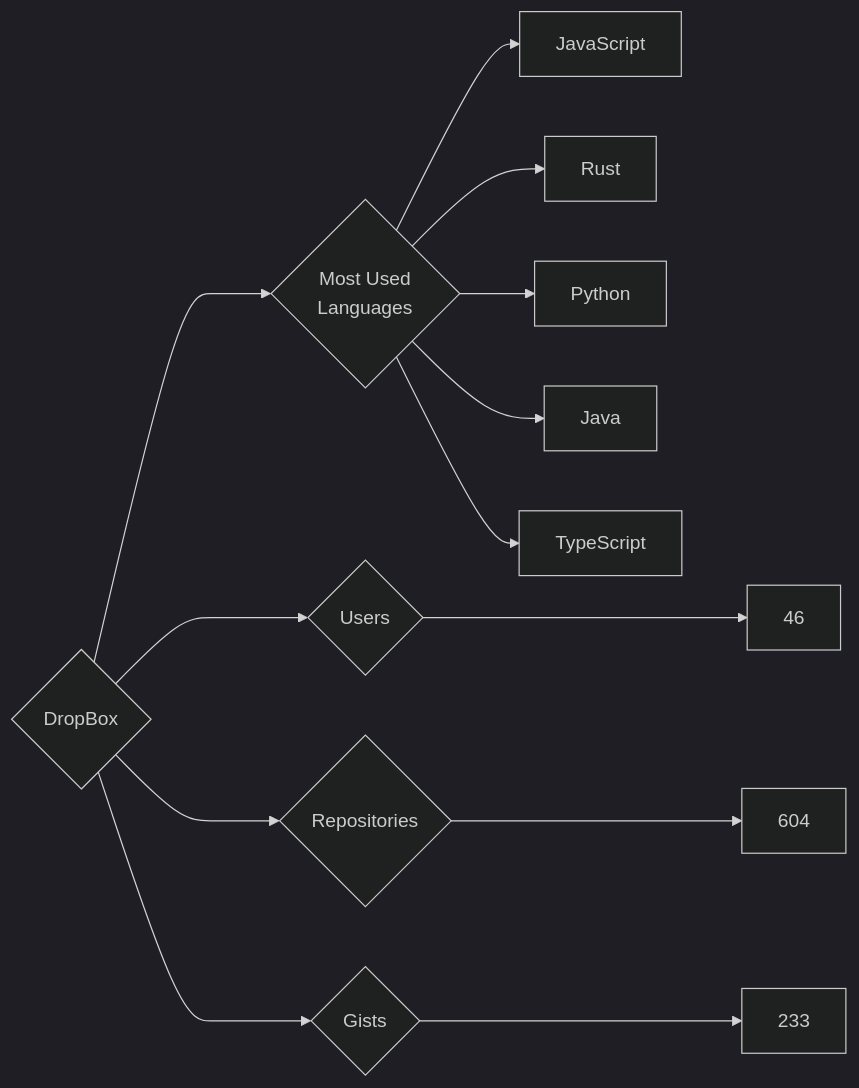
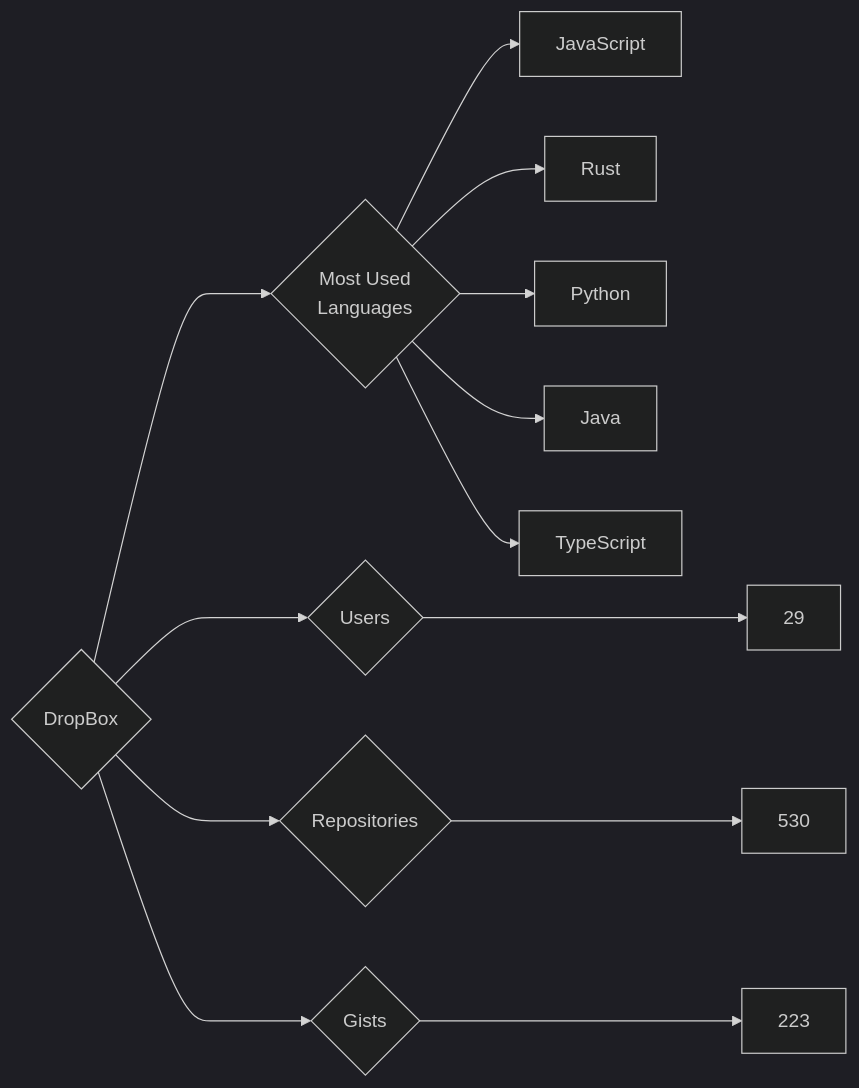
Before and after one commit to trickest/insiders: the diagram in targets/DropBox/README.md, drawn with Mermaid (dark theme). The commit also changed 951 other files, not shown here.

````diff
--- a/targets/DropBox/README.md
+++ b/targets/DropBox/README.md
@@ -3,13 +3,13 @@
 ```mermaid
 graph LR
 COMPANY_NAME{DropBox}
-COMPANY_NAME ---> U{Users} ---> UN[46]
-COMPANY_NAME ---> R{Repositories} ---> RN[604]
-COMPANY_NAME ---> G{Gists} ---> GN[233]
+COMPANY_NAME ---> U{Users} ---> UN[29]
+COMPANY_NAME ---> R{Repositories} ---> RN[530]
+COMPANY_NAME ---> G{Gists} ---> GN[223]
 COMPANY_NAME ---> ML{Most Used<br>Languages}
 ML --> JavaScript[JavaScript]
 ML --> Rust[Rust]
 ML --> Python[Python]
 ML --> Java[Java]
 ML --> TypeScript[TypeScript]
 ```
````
